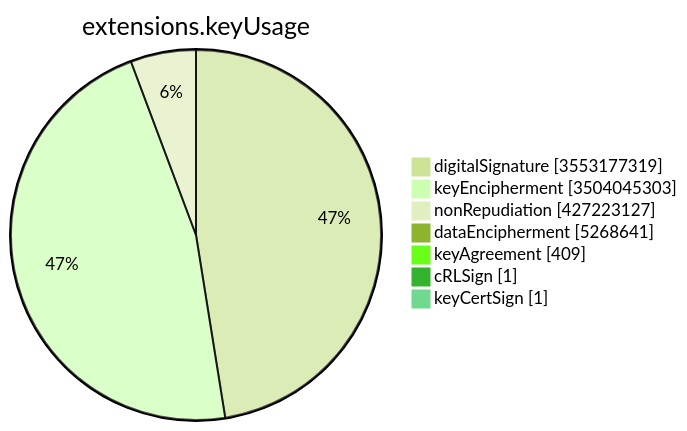
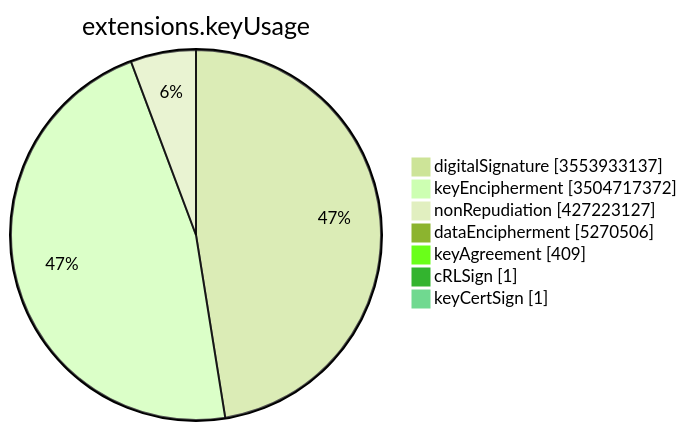
One commit to christiankrug/ctmonitor_visualization changed the sixth of 15 diagrams in TOTAL/README.md. Above: the diagram before and after it, drawn with Mermaid (forest theme). The commit also changed other lines of this file, not shown here.

````diff
--- a/TOTAL/README.md
+++ b/TOTAL/README.md
@@ -3083,11 +3083,11 @@
 ```mermaid
 pie showData
 title extensions.keyUsage
-"digitalSignature" :3553177319
-"keyEncipherment" :3504045303
+"digitalSignature" :3553933137
+"keyEncipherment" :3504717372
 "nonRepudiation" :427223127
-"dataEncipherment" :5268641
+"dataEncipherment" :5270506
 "keyAgreement" :409
 "cRLSign" :1
 "keyCertSign" :1
 ```
````
